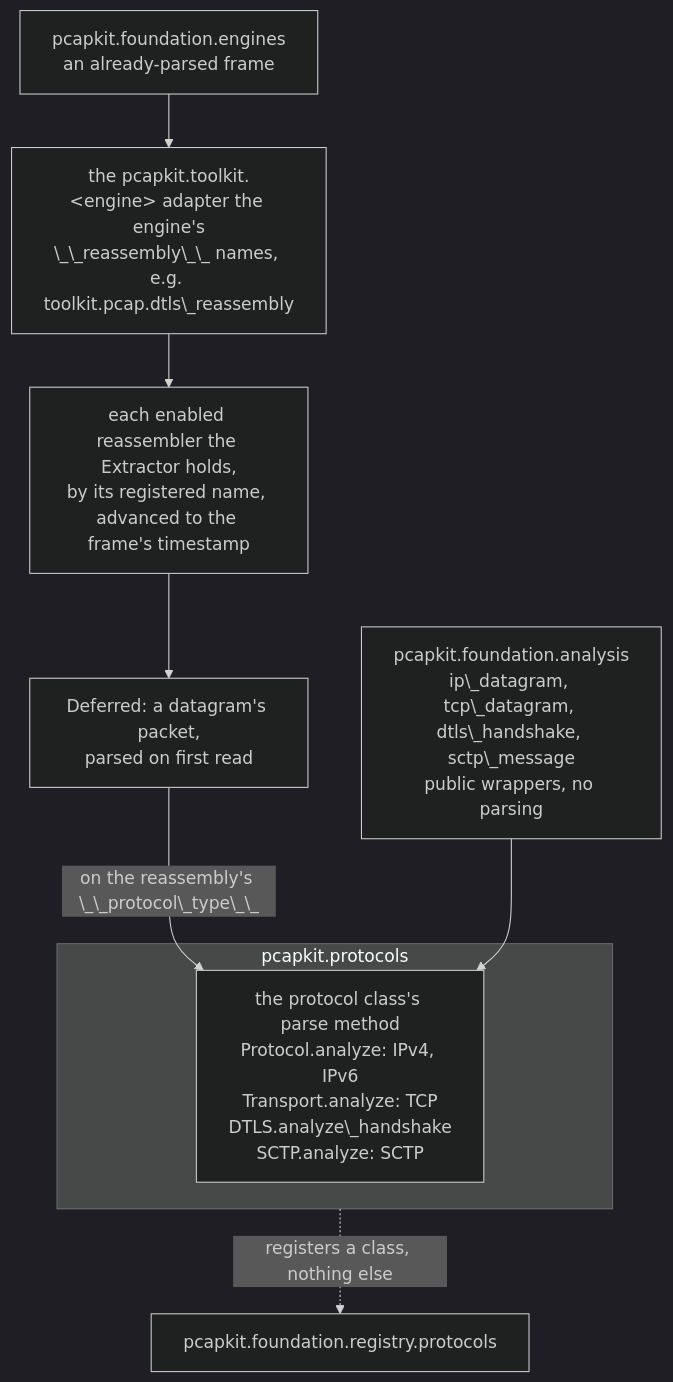
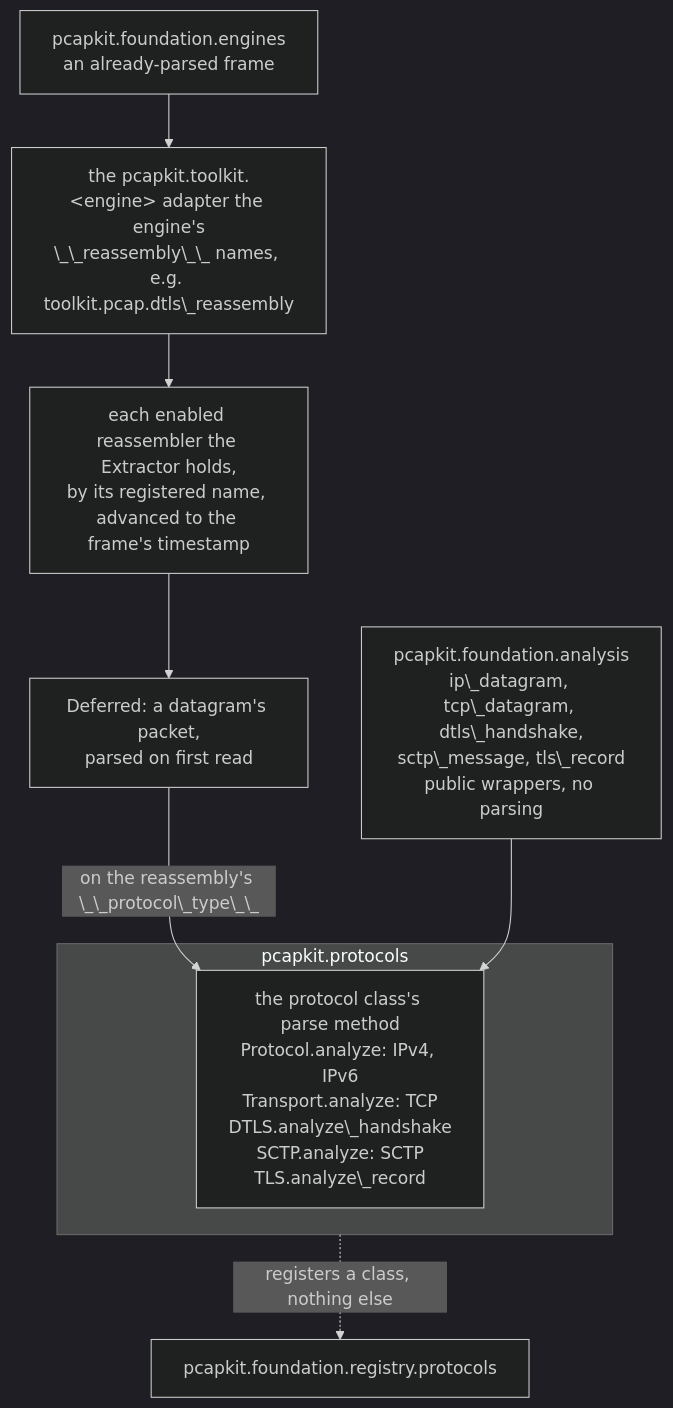
One commit to JarryShaw/PyPCAPKit changed the diagram in docs/source/contributing/conventions/reassembly-integration.rst. Above: the diagram before and after it, drawn with Mermaid (dark theme). The commit also changed other lines of this file and 56 other files, not shown here.

```diff
--- a/docs/source/contributing/conventions/reassembly-integration.rst
+++ b/docs/source/contributing/conventions/reassembly-integration.rst
@@ -101,17 +103,17 @@
 .. mermaid::
 
    flowchart TD
        ENG["pcapkit.foundation.engines<br/>an already-parsed frame"]
        TK["the pcapkit.toolkit.&lt;engine&gt; adapter the engine's<br/>\_\_reassembly\_\_ names, e.g. toolkit.pcap.dtls\_reassembly"]
        RE["each enabled reassembler the Extractor holds,<br/>by its registered name, advanced to the frame's timestamp"]
        DEF["Deferred: a datagram's packet,<br/>parsed on first read"]
-       AN["pcapkit.foundation.analysis<br/>ip\_datagram, tcp\_datagram, dtls\_handshake, sctp\_message<br/>public wrappers, no parsing"]
+       AN["pcapkit.foundation.analysis<br/>ip\_datagram, tcp\_datagram, dtls\_handshake,<br/>sctp\_message, tls\_record<br/>public wrappers, no parsing"]
        subgraph protocols ["pcapkit.protocols"]
-           PM["the protocol class's parse method<br/>Protocol.analyze: IPv4, IPv6<br/>Transport.analyze: TCP<br/>DTLS.analyze\_handshake<br/>SCTP.analyze: SCTP"]
+           PM["the protocol class's parse method<br/>Protocol.analyze: IPv4, IPv6<br/>Transport.analyze: TCP<br/>DTLS.analyze\_handshake<br/>SCTP.analyze: SCTP<br/>TLS.analyze\_record"]
        end
        REG["pcapkit.foundation.registry.protocols"]
 
        ENG --> TK --> RE --> DEF
        DEF -->|"on the reassembly's \_\_protocol\_type\_\_"| PM
        AN --> PM
        protocols -.->|"registers a class, nothing else"| REG
```
